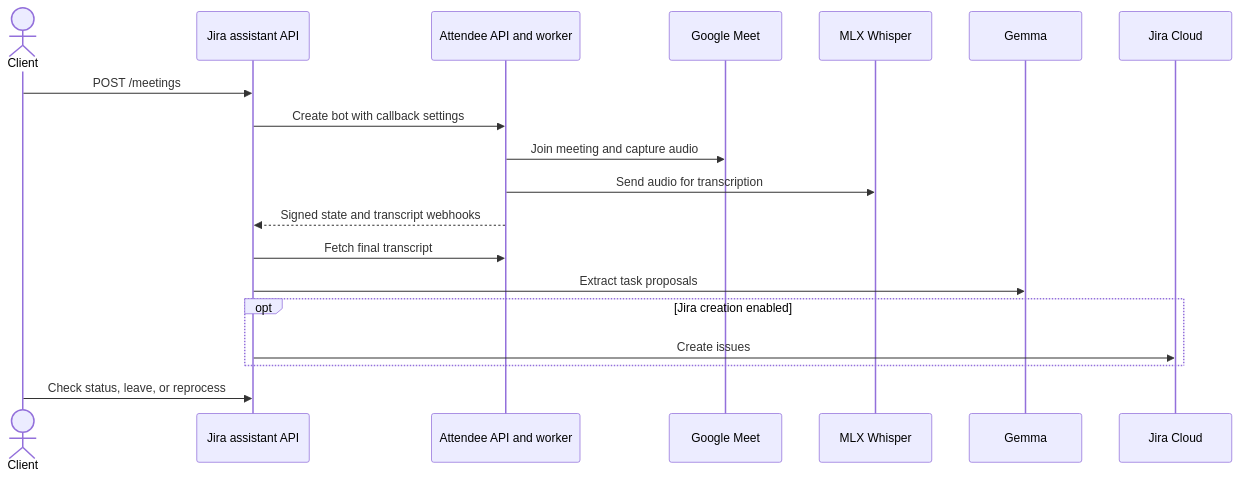
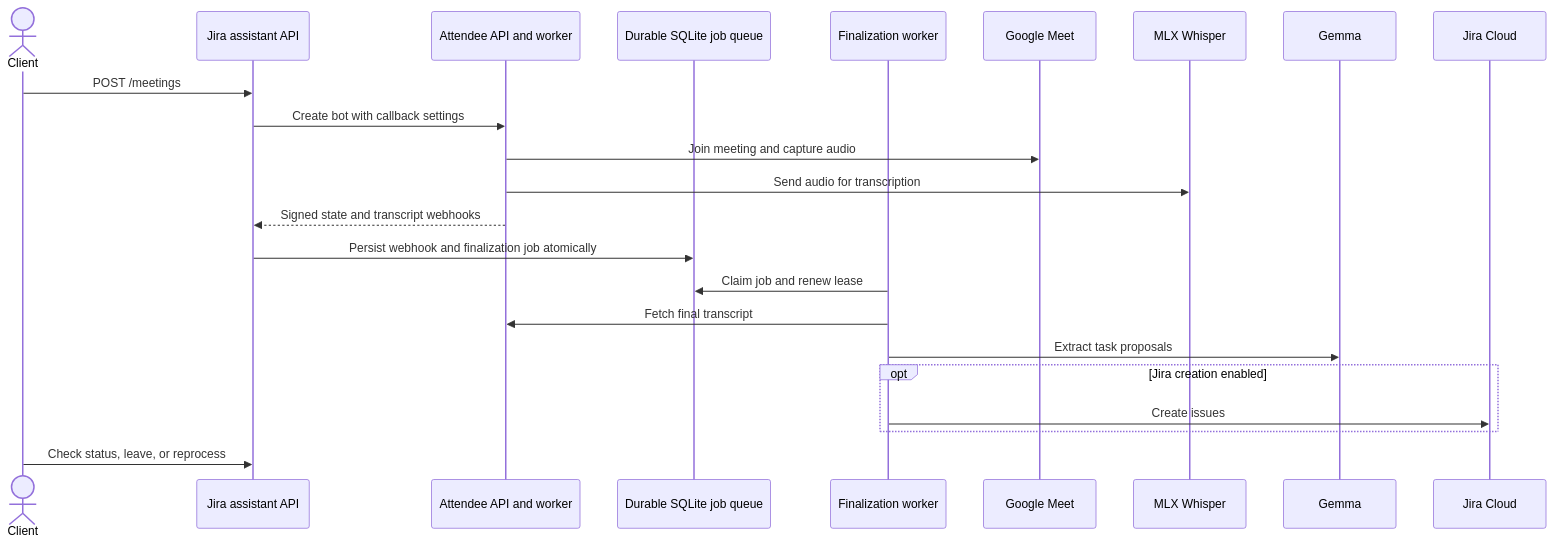
One commit to freymend/jira-bot changed the diagram in README.md. Above: the diagram before and after it, drawn with Mermaid. The commit also changed other lines of this file and 9 other files, not shown here.

````diff
--- a/README.md
+++ b/README.md
@@ -14,22 +14,26 @@
 ```mermaid
 sequenceDiagram
     actor Client
     participant API as Jira assistant API
     participant Attendee as Attendee API and worker
+    participant Queue as Durable SQLite job queue
+    participant Worker as Finalization worker
     participant Meet as Google Meet
     participant Whisper as MLX Whisper
     participant Gemma
     participant Jira as Jira Cloud
 
     Client->>API: POST /meetings
     API->>Attendee: Create bot with callback settings
     Attendee->>Meet: Join meeting and capture audio
     Attendee->>Whisper: Send audio for transcription
     Attendee-->>API: Signed state and transcript webhooks
-    API->>Attendee: Fetch final transcript
-    API->>Gemma: Extract task proposals
+    API->>Queue: Persist webhook and finalization job atomically
+    Worker->>Queue: Claim job and renew lease
+    Worker->>Attendee: Fetch final transcript
+    Worker->>Gemma: Extract task proposals
     opt Jira creation enabled
-        API->>Jira: Create issues
+      Worker->>Jira: Create issues
     end
     Client->>API: Check status, leave, or reprocess
 ```
````
